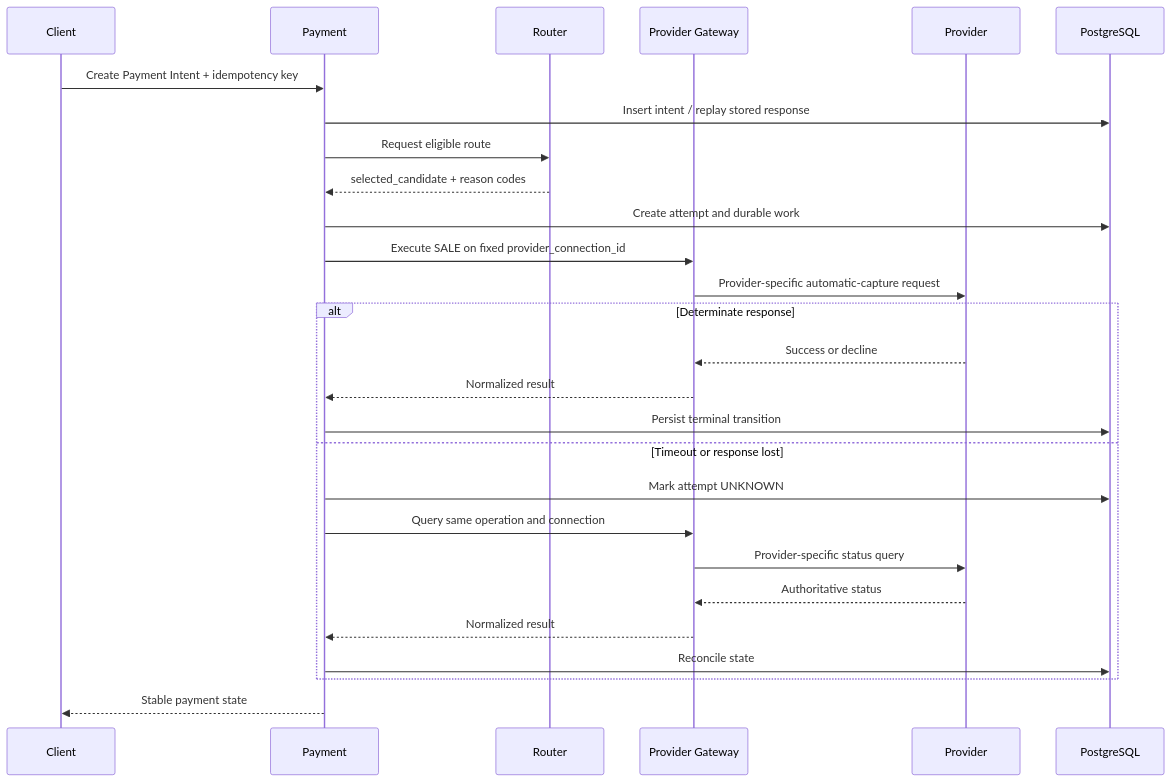
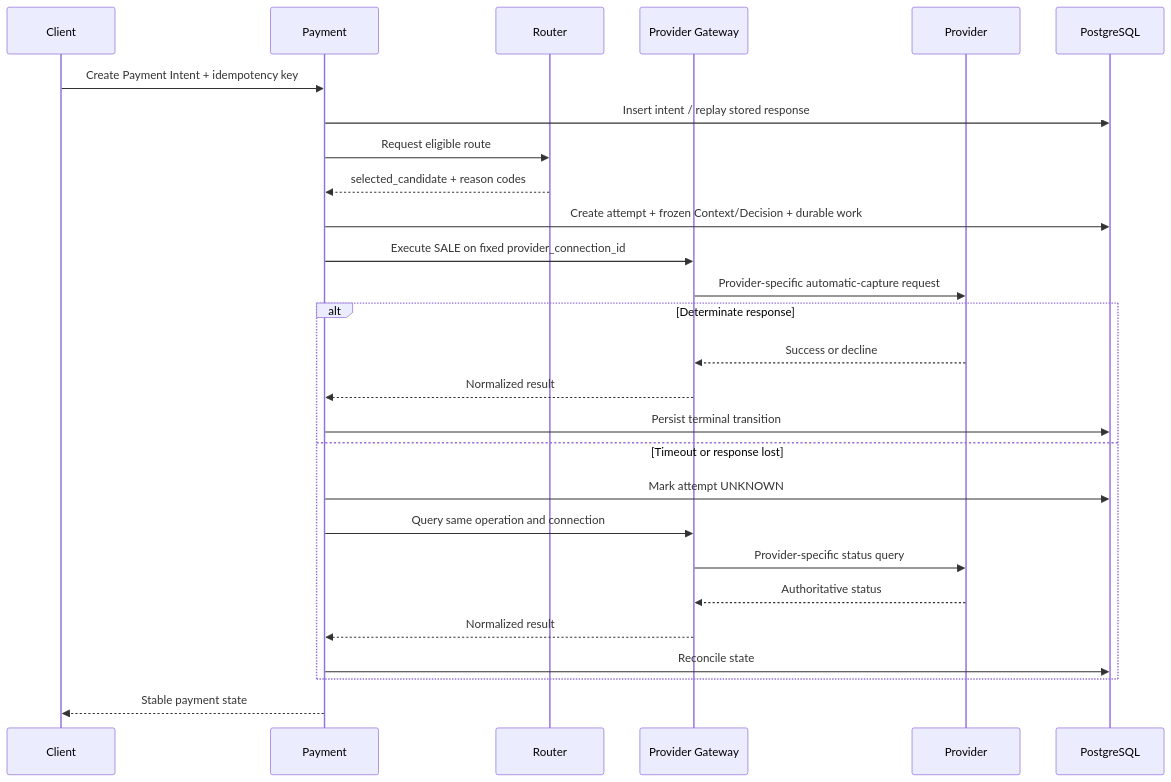
The second of 2 diagrams in docs/architecture.md (YouEclipse/payments), drawn with Mermaid before and after one commit. The commit also changed other lines of this file and 46 other files, not shown here.

````diff
--- a/docs/architecture.md
+++ b/docs/architecture.md
@@ -75,30 +78,30 @@
 ```mermaid
 sequenceDiagram
     participant C as Client
     participant P as Payment
     participant R as Router
     participant G as Provider Gateway
     participant X as Provider
     participant D as PostgreSQL
 
     C->>P: Create Payment Intent + idempotency key
     P->>D: Insert intent / replay stored response
     P->>R: Request eligible route
     R-->>P: selected_candidate + reason codes
-    P->>D: Create attempt and durable work
+    P->>D: Create attempt + frozen Context/Decision + durable work
     P->>G: Execute SALE on fixed provider_connection_id
     G->>X: Provider-specific automatic-capture request
     alt Determinate response
         X-->>G: Success or decline
         G-->>P: Normalized result
         P->>D: Persist terminal transition
     else Timeout or response lost
         P->>D: Mark attempt UNKNOWN
         P->>G: Query same operation and connection
         G->>X: Provider-specific status query
         X-->>G: Authoritative status
         G-->>P: Normalized result
         P->>D: Reconcile state
     end
     P-->>C: Stable payment state
 ```
````
